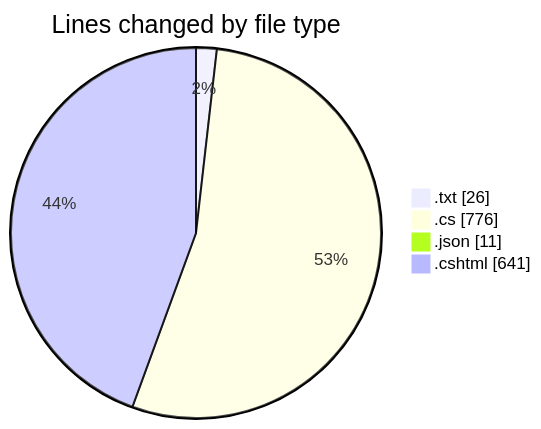
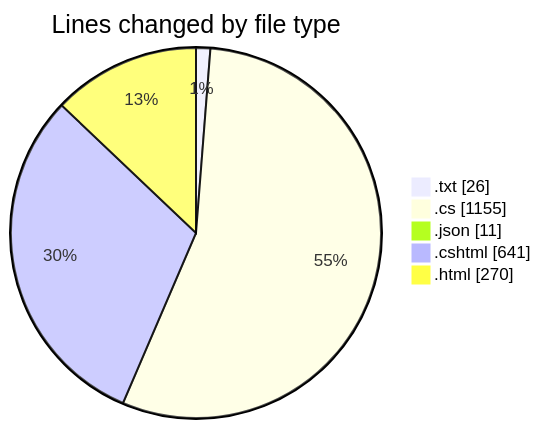
The first of 2 diagrams in 2025-07-27/quanlyrapchieuphim-1/README.md (lephambinh05/code-tracking), drawn with Mermaid before and after one commit. The commit also changed other lines of this file and 1 other file, not shown here.

````diff
--- a/2025-07-27/quanlyrapchieuphim-1/README.md
+++ b/2025-07-27/quanlyrapchieuphim-1/README.md
@@ -29,8 +30,9 @@
 ```mermaid
 pie showData
 title Lines changed by file type
 ".txt" : 26
-".cs" : 776
+".cs" : 1155
 ".json" : 11
 ".cshtml" : 641
+".html" : 270
 ```
````
